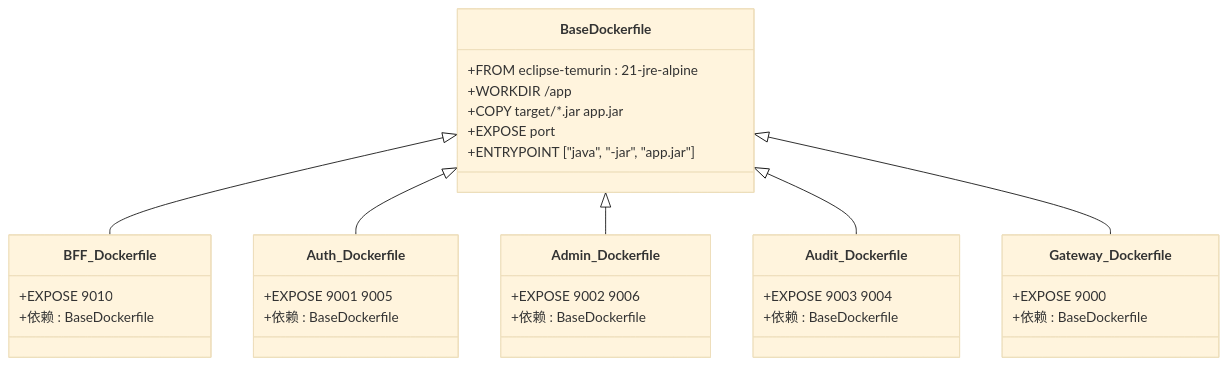
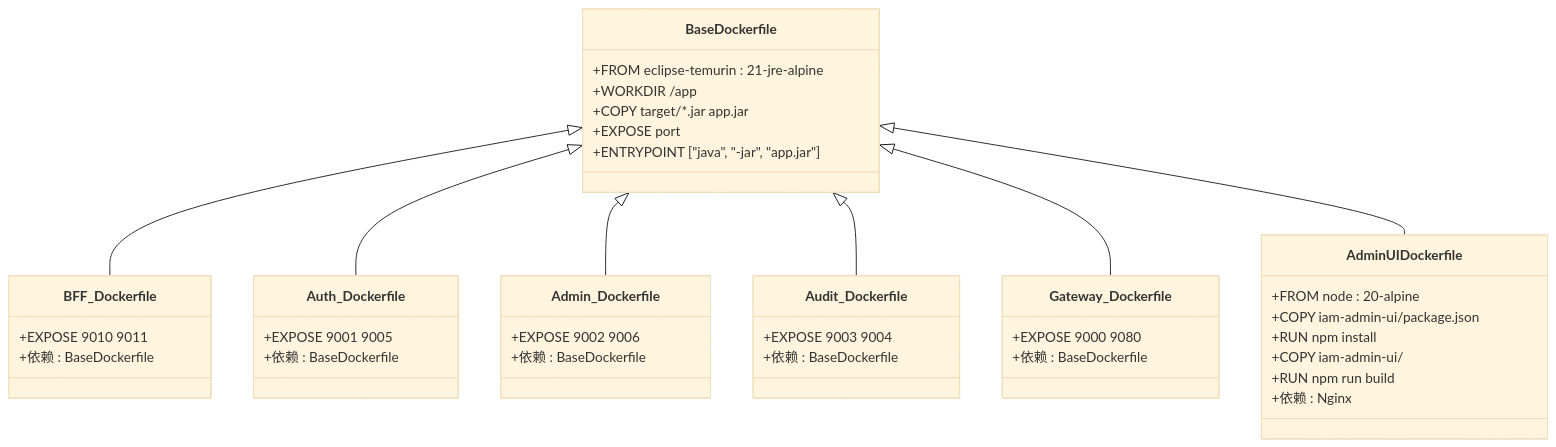
Before and after one commit to fq0121104930716/iam-platform: the sixth of 11 diagrams in .qoder/repowiki/zh/content/部署运维/Docker组合使用指南.md, drawn with Mermaid (base theme). The commit also changed other lines of this file and 6 other files, not shown here.

````diff
--- a/.qoder/repowiki/zh/content/部署运维/Docker组合使用指南.md
+++ b/.qoder/repowiki/zh/content/部署运维/Docker组合使用指南.md
@@ -266,35 +300,44 @@
 ```mermaid
 classDiagram
 class BaseDockerfile {
 +FROM eclipse-temurin : 21-jre-alpine
 +WORKDIR /app
 +COPY target/*.jar app.jar
 +EXPOSE port
 +ENTRYPOINT ["java", "-jar", "app.jar"]
 }
 class BFF_Dockerfile {
-+EXPOSE 9010
++EXPOSE 9010 9011
 +依赖 : BaseDockerfile
 }
 class Auth_Dockerfile {
 +EXPOSE 9001 9005
 +依赖 : BaseDockerfile
 }
 class Admin_Dockerfile {
 +EXPOSE 9002 9006
 +依赖 : BaseDockerfile
 }
 class Audit_Dockerfile {
 +EXPOSE 9003 9004
 +依赖 : BaseDockerfile
 }
 class Gateway_Dockerfile {
-+EXPOSE 9000
++EXPOSE 9000 9080
 +依赖 : BaseDockerfile
+}
+class AdminUIDockerfile {
++FROM node : 20-alpine
++COPY iam-admin-ui/package.json
++RUN npm install
++COPY iam-admin-ui/
++RUN npm run build
++依赖 : Nginx
 }
 BaseDockerfile <|-- BFF_Dockerfile
 BaseDockerfile <|-- Auth_Dockerfile
 BaseDockerfile <|-- Admin_Dockerfile
 BaseDockerfile <|-- Audit_Dockerfile
 BaseDockerfile <|-- Gateway_Dockerfile
+BaseDockerfile <|-- AdminUIDockerfile
 ```
````
